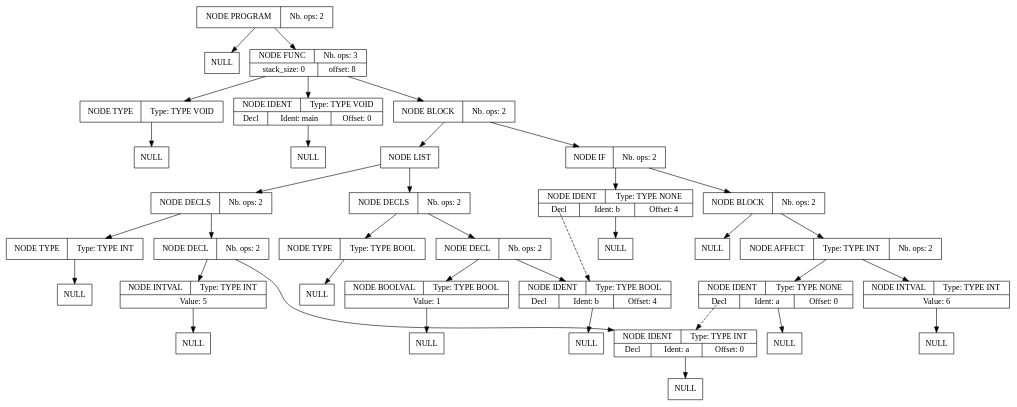
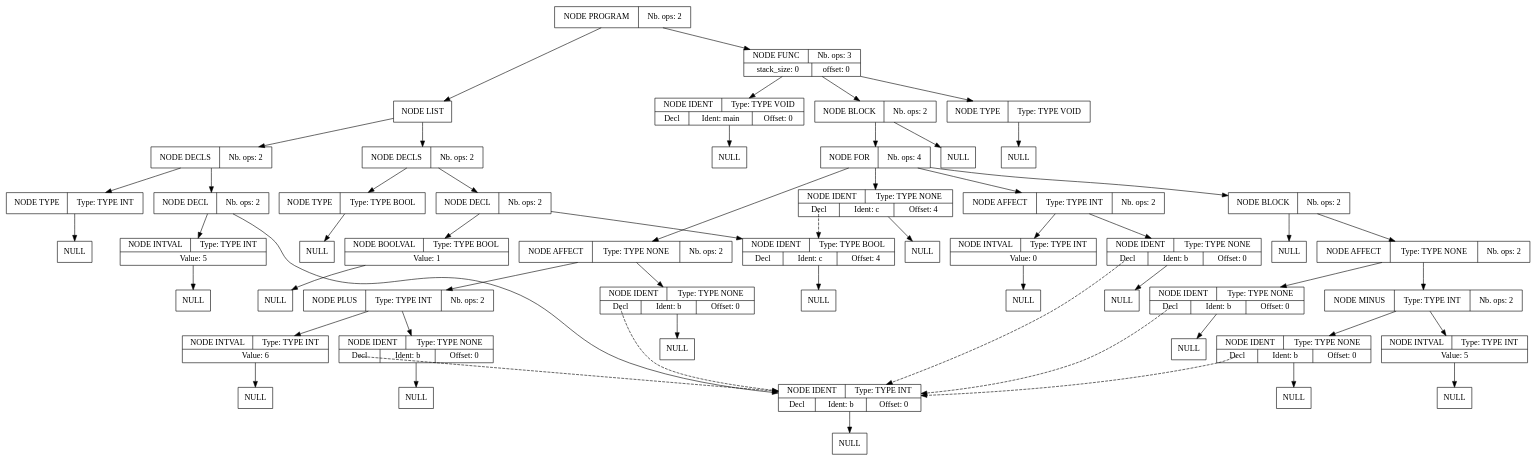
Before and after one commit to Serial-DeV/Compilation: the diagram in projet_compilation_src/src/fichier_dump_fin.dot, drawn with Graphviz. The commit also changed 13 other files, not shown here.

```diff
--- a/projet_compilation_src/src/fichier_dump_fin.dot
+++ b/projet_compilation_src/src/fichier_dump_fin.dot
@@ -1,109 +1,165 @@
 digraph global_vars {
     N1 [shape=record, label="{{NODE PROGRAM|Nb. ops: 2}}"];
-    N2 [shape=record, label="{{NULL}}"];
-    edge[tailclip=true];
-    N1 -> N2
-    N3 [shape=record, label="{{NODE FUNC|Nb. ops: 3}|{stack_size: 0|offset: 8}}"];
-    N4 [shape=record, label="{{NODE TYPE|Type: TYPE VOID}}"];
+    N2 [shape=record, label="{{NODE LIST}}"];
+    N3 [shape=record, label="{{NODE DECLS|Nb. ops: 2}}"];
+    N4 [shape=record, label="{{NODE TYPE|Type: TYPE INT}}"];
     N5 [shape=record, label="{{NULL}}"];
     edge[tailclip=true];
     N4 -> N5
     edge[tailclip=true];
     N3 -> N4
-    N6 [shape=record, label="{{NODE IDENT|Type: TYPE VOID}|{<decl>Decl      |Ident: main|Offset: 0}}"];
-    N7 [shape=record, label="{{NULL}}"];
+    N6 [shape=record, label="{{NODE DECL|Nb. ops: 2}}"];
+    N7 [shape=record, label="{{NODE IDENT|Type: TYPE INT}|{<decl>Decl      |Ident: b|Offset: 0}}"];
+    N8 [shape=record, label="{{NULL}}"];
+    edge[tailclip=true];
+    N7 -> N8
     edge[tailclip=true];
     N6 -> N7
+    N9 [shape=record, label="{{NODE INTVAL|Type: TYPE INT}|{Value: 5}}"];
+    N10 [shape=record, label="{{NULL}}"];
+    edge[tailclip=true];
+    N9 -> N10
+    edge[tailclip=true];
+    N6 -> N9
     edge[tailclip=true];
     N3 -> N6
-    N8 [shape=record, label="{{NODE BLOCK|Nb. ops: 2}}"];
-    N9 [shape=record, label="{{NODE LIST}}"];
-    N10 [shape=record, label="{{NODE DECLS|Nb. ops: 2}}"];
-    N11 [shape=record, label="{{NODE TYPE|Type: TYPE INT}}"];
-    N12 [shape=record, label="{{NULL}}"];
+    edge[tailclip=true];
+    N2 -> N3
+    N11 [shape=record, label="{{NODE DECLS|Nb. ops: 2}}"];
+    N12 [shape=record, label="{{NODE TYPE|Type: TYPE BOOL}}"];
+    N13 [shape=record, label="{{NULL}}"];
+    edge[tailclip=true];
+    N12 -> N13
     edge[tailclip=true];
     N11 -> N12
+    N14 [shape=record, label="{{NODE DECL|Nb. ops: 2}}"];
+    N15 [shape=record, label="{{NODE IDENT|Type: TYPE BOOL}|{<decl>Decl      |Ident: c|Offset: 4}}"];
+    N16 [shape=record, label="{{NULL}}"];
     edge[tailclip=true];
-    N10 -> N11
-    N13 [shape=record, label="{{NODE DECL|Nb. ops: 2}}"];
-    N14 [shape=record, label="{{NODE IDENT|Type: TYPE INT}|{<decl>Decl      |Ident: a|Offset: 0}}"];
-    N15 [shape=record, label="{{NULL}}"];
+    N15 -> N16
     edge[tailclip=true];
     N14 -> N15
+    N17 [shape=record, label="{{NODE BOOLVAL|Type: TYPE BOOL}|{Value: 1}}"];
+    N18 [shape=record, label="{{NULL}}"];
     edge[tailclip=true];
-    N13 -> N14
-    N16 [shape=record, label="{{NODE INTVAL|Type: TYPE INT}|{Value: 5}}"];
-    N17 [shape=record, label="{{NULL}}"];
+    N17 -> N18
     edge[tailclip=true];
-    N16 -> N17
+    N14 -> N17
     edge[tailclip=true];
-    N13 -> N16
+    N11 -> N14
     edge[tailclip=true];
-    N10 -> N13
+    N2 -> N11
     edge[tailclip=true];
-    N9 -> N10
-    N18 [shape=record, label="{{NODE DECLS|Nb. ops: 2}}"];
-    N19 [shape=record, label="{{NODE TYPE|Type: TYPE BOOL}}"];
-    N20 [shape=record, label="{{NULL}}"];
+    N1 -> N2
+    N19 [shape=record, label="{{NODE FUNC|Nb. ops: 3}|{stack_size: 0|offset: 0}}"];
+    N20 [shape=record, label="{{NODE TYPE|Type: TYPE VOID}}"];
+    N21 [shape=record, label="{{NULL}}"];
+    edge[tailclip=true];
+    N20 -> N21
     edge[tailclip=true];
     N19 -> N20
-    edge[tailclip=true];
-    N18 -> N19
-    N21 [shape=record, label="{{NODE DECL|Nb. ops: 2}}"];
-    N22 [shape=record, label="{{NODE IDENT|Type: TYPE BOOL}|{<decl>Decl      |Ident: b|Offset: 4}}"];
+    N22 [shape=record, label="{{NODE IDENT|Type: TYPE VOID}|{<decl>Decl      |Ident: main|Offset: 0}}"];
     N23 [shape=record, label="{{NULL}}"];
     edge[tailclip=true];
     N22 -> N23
     edge[tailclip=true];
-    N21 -> N22
-    N24 [shape=record, label="{{NODE BOOLVAL|Type: TYPE BOOL}|{Value: 1}}"];
+    N19 -> N22
+    N24 [shape=record, label="{{NODE BLOCK|Nb. ops: 2}}"];
     N25 [shape=record, label="{{NULL}}"];
     edge[tailclip=true];
     N24 -> N25
+    N26 [shape=record, label="{{NODE FOR|Nb. ops: 4}}"];
+    N27 [shape=record, label="{{NODE AFFECT|Type: TYPE INT|Nb. ops: 2}}"];
+    N28 [shape=record, label="{{NODE IDENT|Type: TYPE NONE}|{<decl>Decl      |Ident: b|Offset: 0}}"];
+    edge[tailclip=false];
+    "N28":decl:c -> "N7" [style=dashed]
+    N29 [shape=record, label="{{NULL}}"];
     edge[tailclip=true];
-    N21 -> N24
-    edge[tailclip=true];
-    N18 -> N21
-    edge[tailclip=true];
-    N9 -> N18
-    edge[tailclip=true];
-    N8 -> N9
-    N26 [shape=record, label="{{NODE IF|Nb. ops: 2}}"];
-    N27 [shape=record, label="{{NODE IDENT|Type: TYPE NONE}|{<decl>Decl      |Ident: b|Offset: 4}}"];
-    edge[tailclip=false];
-    "N27":decl:c -> "N22" [style=dashed]
-    N28 [shape=record, label="{{NULL}}"];
+    N28 -> N29
     edge[tailclip=true];
     N27 -> N28
+    N30 [shape=record, label="{{NODE INTVAL|Type: TYPE INT}|{Value: 0}}"];
+    N31 [shape=record, label="{{NULL}}"];
+    edge[tailclip=true];
+    N30 -> N31
+    edge[tailclip=true];
+    N27 -> N30
     edge[tailclip=true];
     N26 -> N27
-    N29 [shape=record, label="{{NODE BLOCK|Nb. ops: 2}}"];
-    N30 [shape=record, label="{{NULL}}"];
-    edge[tailclip=true];
-    N29 -> N30
-    N31 [shape=record, label="{{NODE AFFECT|Type: TYPE INT|Nb. ops: 2}}"];
-    N32 [shape=record, label="{{NODE IDENT|Type: TYPE NONE}|{<decl>Decl      |Ident: a|Offset: 0}}"];
+    N32 [shape=record, label="{{NODE IDENT|Type: TYPE NONE}|{<decl>Decl      |Ident: c|Offset: 4}}"];
     edge[tailclip=false];
-    "N32":decl:c -> "N14" [style=dashed]
+    "N32":decl:c -> "N15" [style=dashed]
     N33 [shape=record, label="{{NULL}}"];
     edge[tailclip=true];
     N32 -> N33
     edge[tailclip=true];
-    N31 -> N32
-    N34 [shape=record, label="{{NODE INTVAL|Type: TYPE INT}|{Value: 6}}"];
-    N35 [shape=record, label="{{NULL}}"];
+    N26 -> N32
+    N34 [shape=record, label="{{NODE AFFECT|Type: TYPE NONE|Nb. ops: 2}}"];
+    N35 [shape=record, label="{{NODE IDENT|Type: TYPE NONE}|{<decl>Decl      |Ident: b|Offset: 0}}"];
+    edge[tailclip=false];
+    "N35":decl:c -> "N7" [style=dashed]
+    N36 [shape=record, label="{{NULL}}"];
+    edge[tailclip=true];
+    N35 -> N36
     edge[tailclip=true];
     N34 -> N35
+    N37 [shape=record, label="{{NODE PLUS|Type: TYPE INT|Nb. ops: 2}}"];
+    N38 [shape=record, label="{{NODE IDENT|Type: TYPE NONE}|{<decl>Decl      |Ident: b|Offset: 0}}"];
+    edge[tailclip=false];
+    "N38":decl:c -> "N7" [style=dashed]
+    N39 [shape=record, label="{{NULL}}"];
     edge[tailclip=true];
-    N31 -> N34
+    N38 -> N39
     edge[tailclip=true];
-    N29 -> N31
+    N37 -> N38
+    N40 [shape=record, label="{{NODE INTVAL|Type: TYPE INT}|{Value: 6}}"];
+    N41 [shape=record, label="{{NULL}}"];
     edge[tailclip=true];
-    N26 -> N29
+    N40 -> N41
     edge[tailclip=true];
-    N8 -> N26
+    N37 -> N40
     edge[tailclip=true];
-    N3 -> N8
+    N34 -> N37
     edge[tailclip=true];
-    N1 -> N3
+    N26 -> N34
+    N42 [shape=record, label="{{NODE BLOCK|Nb. ops: 2}}"];
+    N43 [shape=record, label="{{NULL}}"];
+    edge[tailclip=true];
+    N42 -> N43
+    N44 [shape=record, label="{{NODE AFFECT|Type: TYPE NONE|Nb. ops: 2}}"];
+    N45 [shape=record, label="{{NODE IDENT|Type: TYPE NONE}|{<decl>Decl      |Ident: b|Offset: 0}}"];
+    edge[tailclip=false];
+    "N45":decl:c -> "N7" [style=dashed]
+    N46 [shape=record, label="{{NULL}}"];
+    edge[tailclip=true];
+    N45 -> N46
+    edge[tailclip=true];
+    N44 -> N45
+    N47 [shape=record, label="{{NODE MINUS|Type: TYPE INT|Nb. ops: 2}}"];
+    N48 [shape=record, label="{{NODE IDENT|Type: TYPE NONE}|{<decl>Decl      |Ident: b|Offset: 0}}"];
+    edge[tailclip=false];
+    "N48":decl:c -> "N7" [style=dashed]
+    N49 [shape=record, label="{{NULL}}"];
+    edge[tailclip=true];
+    N48 -> N49
+    edge[tailclip=true];
+    N47 -> N48
+    N50 [shape=record, label="{{NODE INTVAL|Type: TYPE INT}|{Value: 5}}"];
+    N51 [shape=record, label="{{NULL}}"];
+    edge[tailclip=true];
+    N50 -> N51
+    edge[tailclip=true];
+    N47 -> N50
+    edge[tailclip=true];
+    N44 -> N47
+    edge[tailclip=true];
+    N42 -> N44
+    edge[tailclip=true];
+    N26 -> N42
+    edge[tailclip=true];
+    N24 -> N26
+    edge[tailclip=true];
+    N19 -> N24
+    edge[tailclip=true];
+    N1 -> N19
 }
```
